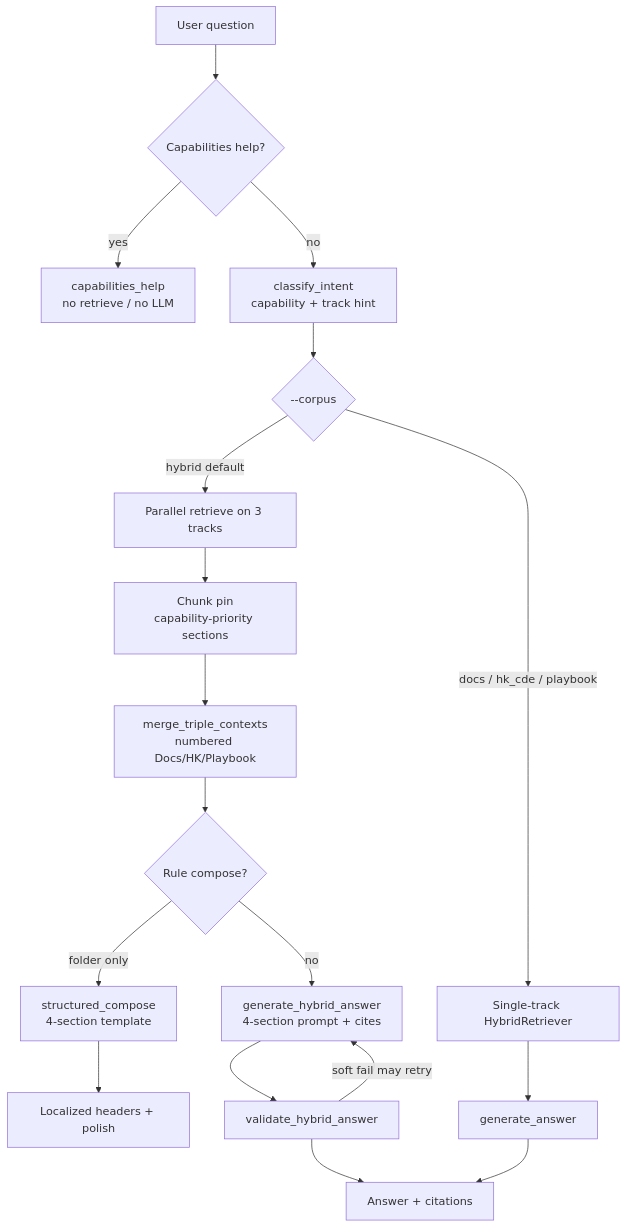
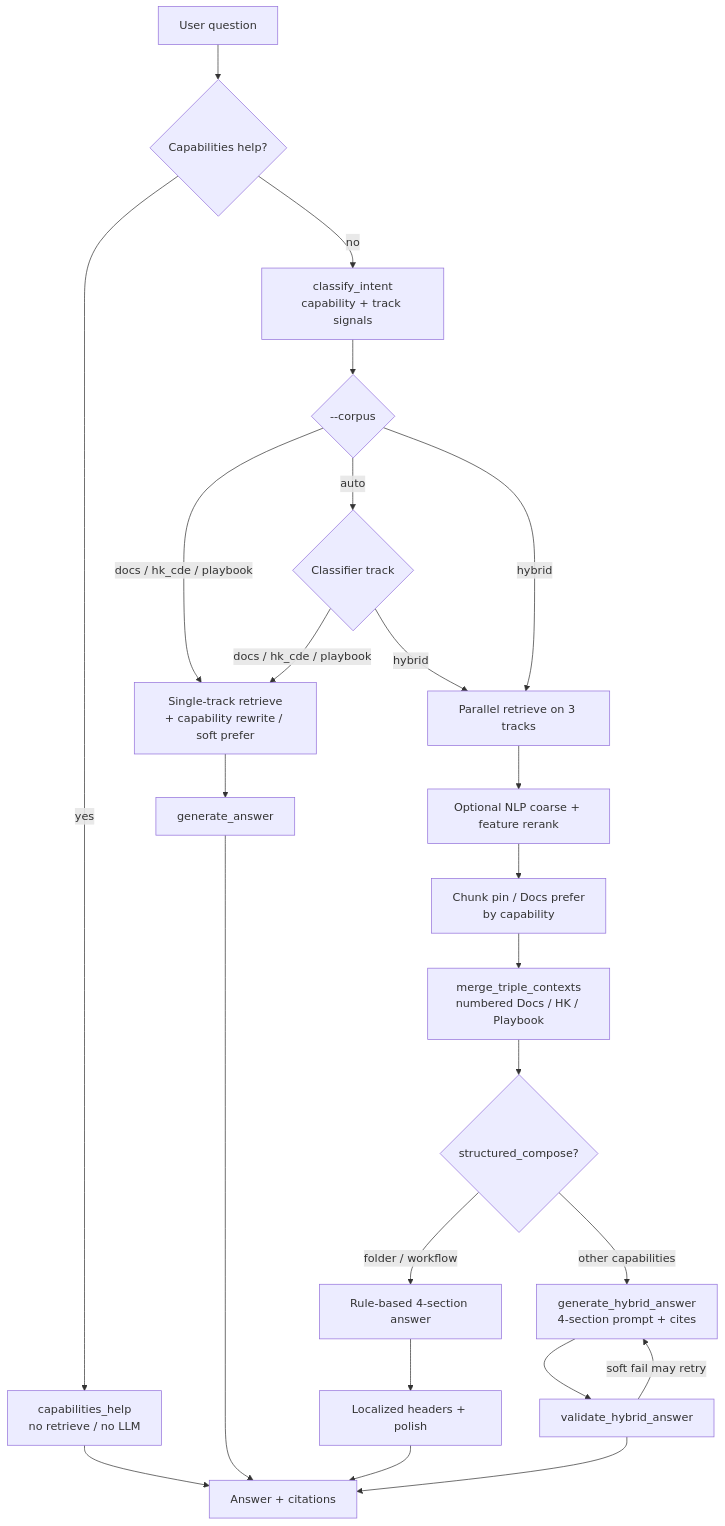
Before and after one commit to jesselei1102-hue/HK-BIM-CDE-Standard-x-ACC-RAG: the second of 2 diagrams in README.md, drawn with Mermaid. The commit also changed other lines of this file and 26 other files, not shown here.

````diff
--- a/README.md
+++ b/README.md
@@ -42,20 +69,31 @@
 ```mermaid
 flowchart TD
   Q[User question] --> META{Capabilities help?}
   META -->|yes| HELP[capabilities_help<br/>no retrieve / no LLM]
-  META -->|no| CL[classify_intent<br/>capability + track hint]
+  META -->|no| CL[classify_intent<br/>capability + track signals]
+
   CL --> CORPUS{--corpus}
-  CORPUS -->|docs / hk_cde / playbook| SINGLE[Single-track HybridRetriever]
-  CORPUS -->|hybrid default| PARA[Parallel retrieve on 3 tracks]
-  PARA --> PIN[Chunk pin<br/>capability-priority sections]
-  PIN --> MERGE[merge_triple_contexts<br/>numbered Docs/HK/Playbook]
-  MERGE --> COMPOSE{Rule compose?}
-  COMPOSE -->|folder only| RULE[structured_compose<br/>4-section template]
-  COMPOSE -->|no| LLM[generate_hybrid_answer<br/>4-section prompt + cites]
+  CORPUS -->|docs / hk_cde / playbook| SINGLE[Single-track retrieve<br/>+ capability rewrite / soft prefer]
+  CORPUS -->|auto| ROUTE{Classifier track}
+  CORPUS -->|hybrid| PARA
+  ROUTE -->|docs / hk_cde / playbook| SINGLE
+  ROUTE -->|hybrid| PARA
+
+  PARA[Parallel retrieve on 3 tracks] --> NLP[Optional NLP coarse + feature rerank]
+  NLP --> PIN[Chunk pin / Docs prefer<br/>by capability]
+  PIN --> MERGE[merge_triple_contexts<br/>numbered Docs / HK / Playbook]
+
+  MERGE --> COMPOSE{structured_compose?}
+  COMPOSE -->|folder / workflow| RULE[Rule-based 4-section answer]
+  COMPOSE -->|other capabilities| LLM[generate_hybrid_answer<br/>4-section prompt + cites]
+
   RULE --> POLISH[Localized headers + polish]
   LLM --> VAL[validate_hybrid_answer]
   VAL -->|soft fail may retry| LLM
-  VAL --> OUT[Answer + citations]
+  POLISH --> OUT[Answer + citations]
+  VAL --> OUT
+
   SINGLE --> GEN[generate_answer]
   GEN --> OUT
+  HELP --> OUT
 ```
````
